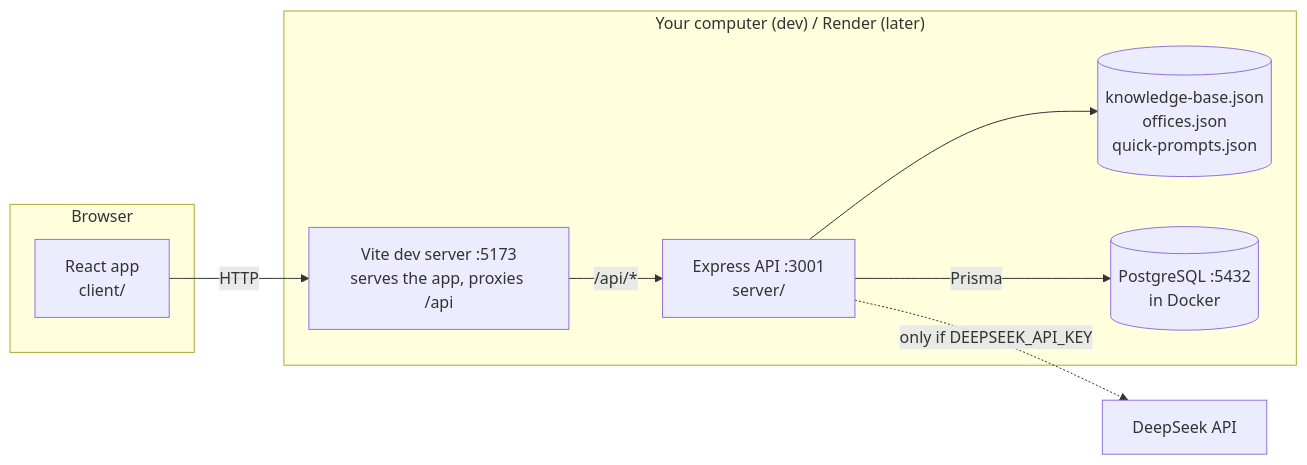
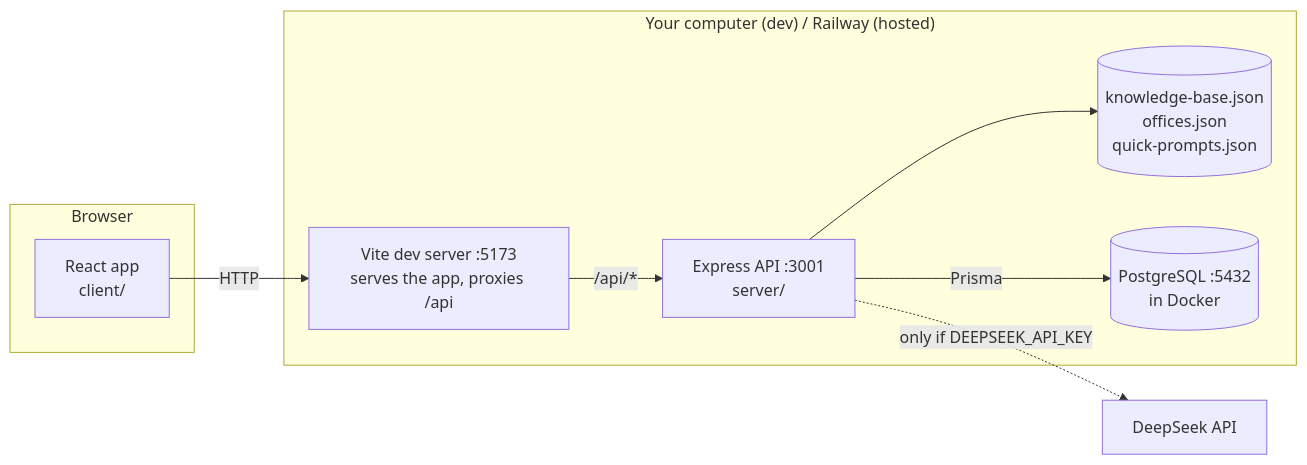
The diagram in docs/ARCHITECTURE.md (davmkh/Butch-AI), drawn with Mermaid before and after one commit. The commit also changed other lines of this file and 5 other files, not shown here.

````diff
--- a/docs/ARCHITECTURE.md
+++ b/docs/ARCHITECTURE.md
@@ -35,18 +35,18 @@
 ```mermaid
 flowchart LR
   subgraph Browser
     UI[React app<br/>client/]
   end
-  subgraph "Your computer (dev) / Render (later)"
+  subgraph "Your computer (dev) / Railway (hosted)"
     V[Vite dev server :5173<br/>serves the app, proxies /api]
     API[Express API :3001<br/>server/]
     KB[(knowledge-base.json<br/>offices.json<br/>quick-prompts.json)]
     DB[(PostgreSQL :5432<br/>in Docker)]
   end
   C[DeepSeek API]
 
   UI -->|HTTP| V -->|/api/*| API
   API --> KB
   API -->|Prisma| DB
   API -.->|only if DEEPSEEK_API_KEY| C
 ```
````
